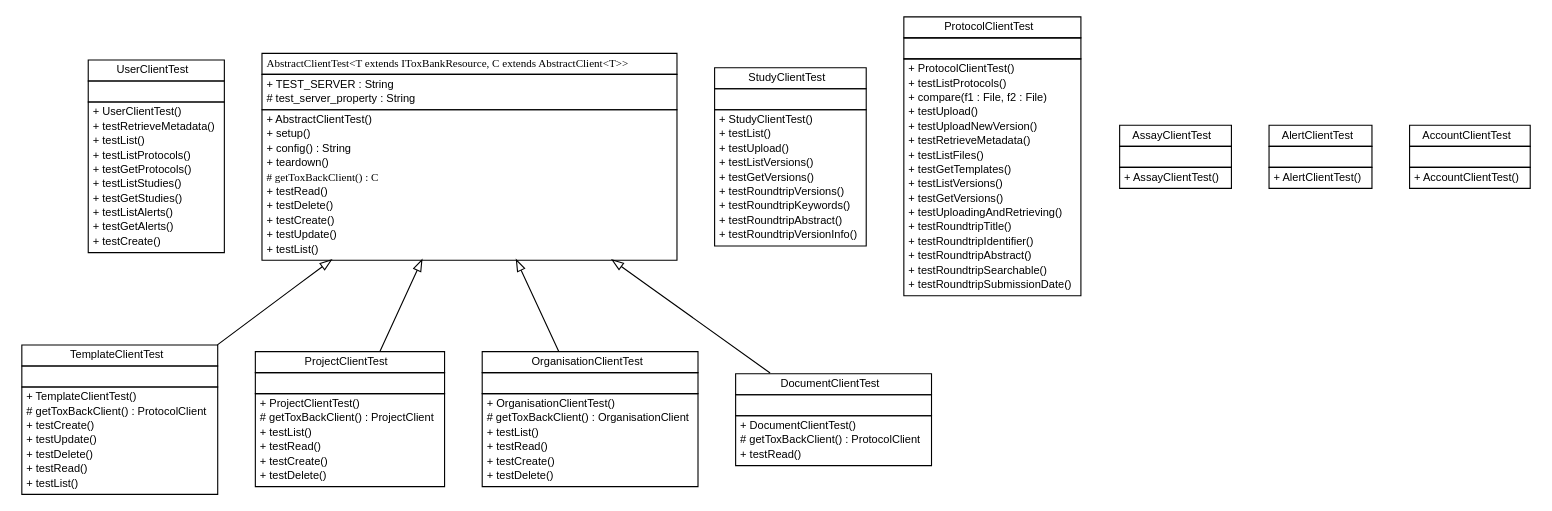
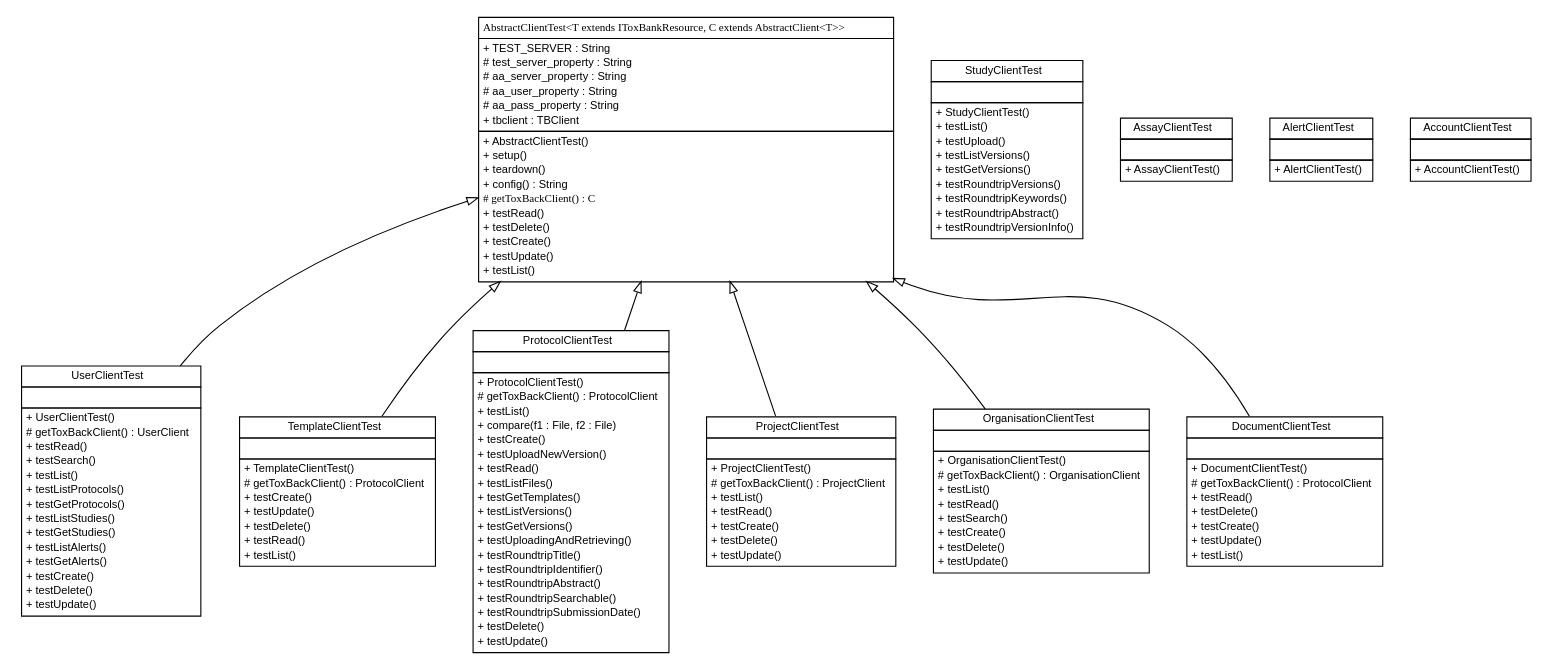
The diagram in testapidocs/net/toxbank/client/resource/net.toxbank.client.resource.dot (ToxBank/toxbank-api-client), drawn with Graphviz before and after one commit. The commit also changed 57 other files, not shown here.

```diff
--- a/testapidocs/net/toxbank/client/resource/net.toxbank.client.resource.dot
+++ b/testapidocs/net/toxbank/client/resource/net.toxbank.client.resource.dot
@@ -17,7 +17,9 @@
 		</table></td></tr>
 		<tr><td><table border="0" cellspacing="0" cellpadding="1">
 			<tr><td align="left"> + UserClientTest() </td></tr>
-			<tr><td align="left"> + testRetrieveMetadata() </td></tr>
+			<tr><td align="left"> # getToxBackClient() : UserClient </td></tr>
+			<tr><td align="left"> + testRead() </td></tr>
+			<tr><td align="left"> + testSearch() </td></tr>
 			<tr><td align="left"> + testList() </td></tr>
 			<tr><td align="left"> + testListProtocols() </td></tr>
 			<tr><td align="left"> + testGetProtocols() </td></tr>
@@ -26,6 +28,8 @@
 			<tr><td align="left"> + testListAlerts() </td></tr>
 			<tr><td align="left"> + testGetAlerts() </td></tr>
 			<tr><td align="left"> + testCreate() </td></tr>
+			<tr><td align="left"> + testDelete() </td></tr>
+			<tr><td align="left"> + testUpdate() </td></tr>
 		</table></td></tr>
 		</table>>, fontname="arial", fontcolor="black", fontsize=10.0];
 	// net.toxbank.client.resource.TemplateClientTest
@@ -76,11 +80,12 @@
 		</table></td></tr>
 		<tr><td><table border="0" cellspacing="0" cellpadding="1">
 			<tr><td align="left"> + ProtocolClientTest() </td></tr>
-			<tr><td align="left"> + testListProtocols() </td></tr>
+			<tr><td align="left"> # getToxBackClient() : ProtocolClient </td></tr>
+			<tr><td align="left"> + testList() </td></tr>
 			<tr><td align="left"> + compare(f1 : File, f2 : File) </td></tr>
-			<tr><td align="left"> + testUpload() </td></tr>
+			<tr><td align="left"> + testCreate() </td></tr>
 			<tr><td align="left"> + testUploadNewVersion() </td></tr>
-			<tr><td align="left"> + testRetrieveMetadata() </td></tr>
+			<tr><td align="left"> + testRead() </td></tr>
 			<tr><td align="left"> + testListFiles() </td></tr>
 			<tr><td align="left"> + testGetTemplates() </td></tr>
 			<tr><td align="left"> + testListVersions() </td></tr>
@@ -91,6 +96,8 @@
 			<tr><td align="left"> + testRoundtripAbstract() </td></tr>
 			<tr><td align="left"> + testRoundtripSearchable() </td></tr>
 			<tr><td align="left"> + testRoundtripSubmissionDate() </td></tr>
+			<tr><td align="left"> + testDelete() </td></tr>
+			<tr><td align="left"> + testUpdate() </td></tr>
 		</table></td></tr>
 		</table>>, fontname="arial", fontcolor="black", fontsize=10.0];
 	// net.toxbank.client.resource.ProjectClientTest
@@ -108,6 +115,7 @@
 			<tr><td align="left"> + testRead() </td></tr>
 			<tr><td align="left"> + testCreate() </td></tr>
 			<tr><td align="left"> + testDelete() </td></tr>
+			<tr><td align="left"> + testUpdate() </td></tr>
 		</table></td></tr>
 		</table>>, fontname="arial", fontcolor="black", fontsize=10.0];
 	// net.toxbank.client.resource.OrganisationClientTest
@@ -123,8 +131,10 @@
 			<tr><td align="left"> # getToxBackClient() : OrganisationClient </td></tr>
 			<tr><td align="left"> + testList() </td></tr>
 			<tr><td align="left"> + testRead() </td></tr>
+			<tr><td align="left"> + testSearch() </td></tr>
 			<tr><td align="left"> + testCreate() </td></tr>
 			<tr><td align="left"> + testDelete() </td></tr>
+			<tr><td align="left"> + testUpdate() </td></tr>
 		</table></td></tr>
 		</table>>, fontname="arial", fontcolor="black", fontsize=10.0];
 	// net.toxbank.client.resource.DocumentClientTest
@@ -139,6 +149,10 @@
 			<tr><td align="left"> + DocumentClientTest() </td></tr>
 			<tr><td align="left"> # getToxBackClient() : ProtocolClient </td></tr>
 			<tr><td align="left"> + testRead() </td></tr>
+			<tr><td align="left"> + testDelete() </td></tr>
+			<tr><td align="left"> + testCreate() </td></tr>
+			<tr><td align="left"> + testUpdate() </td></tr>
+			<tr><td align="left"> + testList() </td></tr>
 		</table></td></tr>
 		</table>>, fontname="arial", fontcolor="black", fontsize=10.0];
 	// net.toxbank.client.resource.AssayClientTest
@@ -185,12 +199,16 @@
 		<tr><td><table border="0" cellspacing="0" cellpadding="1">
 			<tr><td align="left"> + TEST_SERVER : String </td></tr>
 			<tr><td align="left"> # test_server_property : String </td></tr>
+			<tr><td align="left"> # aa_server_property : String </td></tr>
+			<tr><td align="left"> # aa_user_property : String </td></tr>
+			<tr><td align="left"> # aa_pass_property : String </td></tr>
+			<tr><td align="left"> + tbclient : TBClient </td></tr>
 		</table></td></tr>
 		<tr><td><table border="0" cellspacing="0" cellpadding="1">
 			<tr><td align="left"> + AbstractClientTest() </td></tr>
 			<tr><td align="left"> + setup() </td></tr>
+			<tr><td align="left"> + teardown() </td></tr>
 			<tr><td align="left"> + config() : String </td></tr>
-			<tr><td align="left"> + teardown() </td></tr>
 			<tr><td align="left"><font face="ariali" point-size="10.0"> # getToxBackClient() : C </font></td></tr>
 			<tr><td align="left"> + testRead() </td></tr>
 			<tr><td align="left"> + testDelete() </td></tr>
@@ -199,8 +217,12 @@
 			<tr><td align="left"> + testList() </td></tr>
 		</table></td></tr>
 		</table>>, fontname="arial", fontcolor="black", fontsize=10.0];
+	//net.toxbank.client.resource.UserClientTest extends net.toxbank.client.resource.AbstractClientTest<net.toxbank.client.resource.User, net.toxbank.client.resource.UserClient>
+	c10:p -> c0:p [dir=back,arrowtail=empty];
 	//net.toxbank.client.resource.TemplateClientTest extends net.toxbank.client.resource.AbstractClientTest<net.toxbank.client.resource.Protocol, net.toxbank.client.resource.ProtocolClient>
 	c10:p -> c1:p [dir=back,arrowtail=empty];
+	//net.toxbank.client.resource.ProtocolClientTest extends net.toxbank.client.resource.AbstractClientTest<net.toxbank.client.resource.Protocol, net.toxbank.client.resource.ProtocolClient>
+	c10:p -> c3:p [dir=back,arrowtail=empty];
 	//net.toxbank.client.resource.ProjectClientTest extends net.toxbank.client.resource.AbstractClientTest<net.toxbank.client.resource.Project, net.toxbank.client.resource.ProjectClient>
 	c10:p -> c4:p [dir=back,arrowtail=empty];
 	//net.toxbank.client.resource.OrganisationClientTest extends net.toxbank.client.resource.AbstractClientTest<net.toxbank.client.resource.Organisation, net.toxbank.client.resource.OrganisationClient>
```
